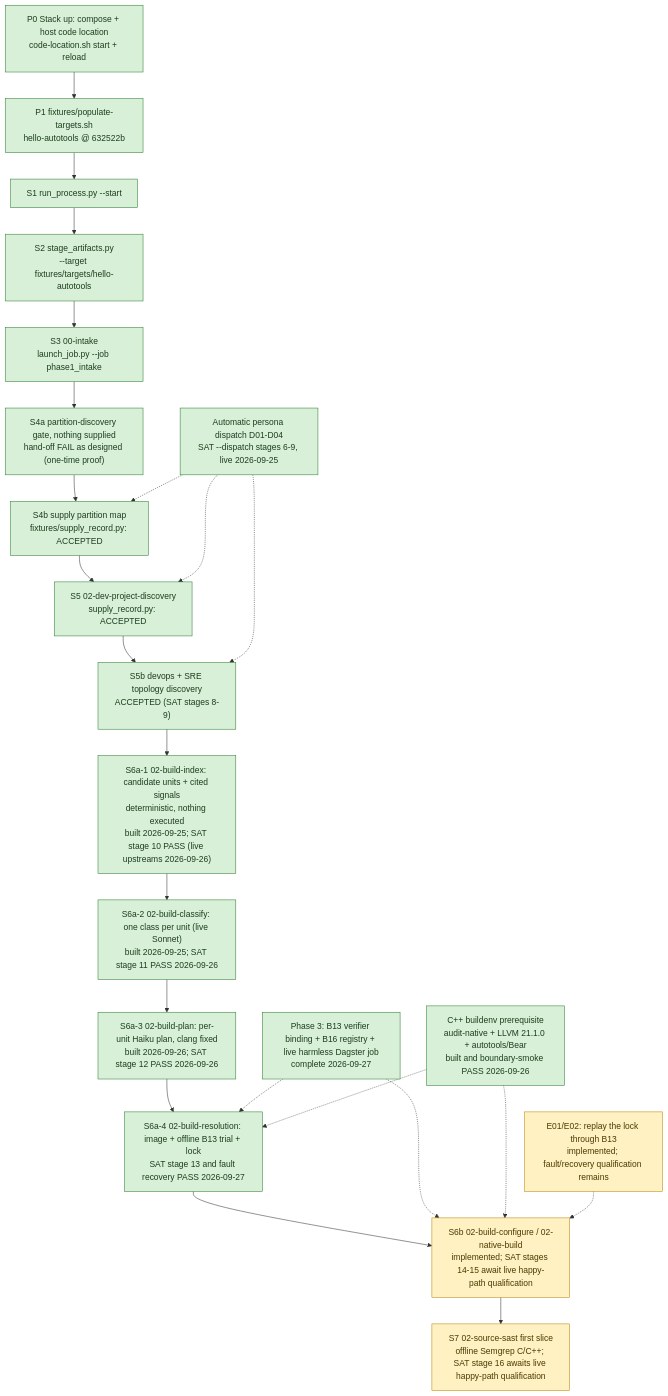
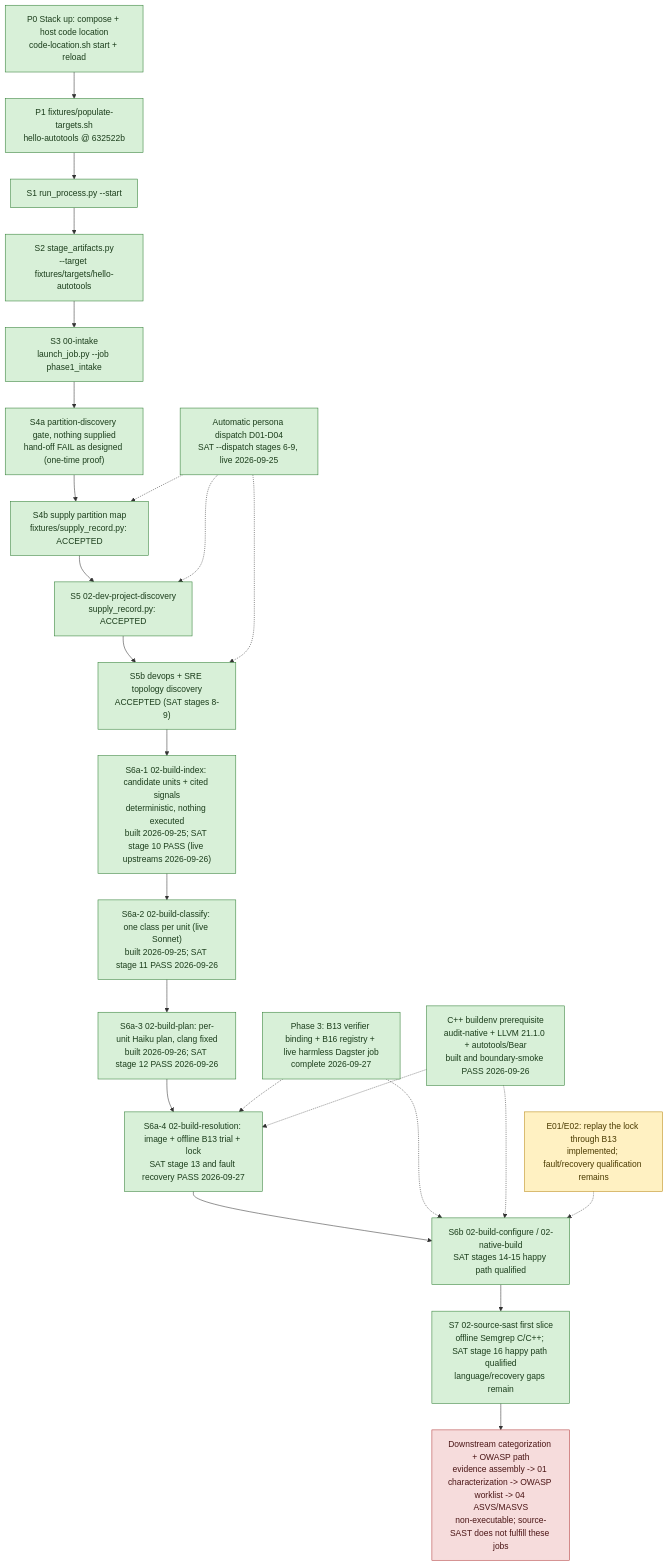
One commit to wsollers/appsec-review changed the diagram in docs/processes/flow-bringup.md. Above: the diagram before and after it, drawn with Mermaid. The commit also changed other lines of this file and 19 other files, not shown here.

Commit message:
Qualify build replay and source SAST happy path

````diff
--- a/docs/processes/flow-bringup.md
+++ b/docs/processes/flow-bringup.md
@@ -20,37 +20,38 @@
 ```mermaid
 flowchart TD
   P0["P0 Stack up: compose + host code location<br/>code-location.sh start + reload"]:::done
   P1["P1 fixtures/populate-targets.sh<br/>hello-autotools @ 632522b"]:::done
   S1["S1 run_process.py --start"]:::done
   S2["S2 stage_artifacts.py<br/>--target fixtures/targets/hello-autotools"]:::done
   S3["S3 00-intake<br/>launch_job.py --job phase1_intake"]:::done
   S4a["S4a partition-discovery gate, nothing supplied<br/>hand-off FAIL as designed (one-time proof)"]:::done
   S4b["S4b supply partition map<br/>fixtures/supply_record.py: ACCEPTED"]:::done
   S5["S5 02-dev-project-discovery<br/>supply_record.py: ACCEPTED"]:::done
   S5b["S5b devops + SRE topology discovery<br/>ACCEPTED (SAT stages 8-9)"]:::done
   AD["Automatic persona dispatch D01-D04<br/>SAT --dispatch stages 6-9, live 2026-09-25"]:::done
   S6i["S6a-1 02-build-index: candidate units + cited signals<br/>deterministic, nothing executed<br/>built 2026-09-25; SAT stage 10 PASS (live upstreams 2026-09-26)"]:::done
   S6c["S6a-2 02-build-classify: one class per unit (live Sonnet)<br/>built 2026-09-25; SAT stage 11 PASS 2026-09-26"]:::done
   S6p["S6a-3 02-build-plan: per-unit Haiku plan, clang fixed<br/>built 2026-09-26; SAT stage 12 PASS 2026-09-26"]:::done
   S6a["S6a-4 02-build-resolution: image + offline B13 trial + lock<br/>SAT stage 13 and fault recovery PASS 2026-09-27"]:::done
   CPP["C++ buildenv prerequisite<br/>audit-native + LLVM 21.1.0 + autotools/Bear<br/>built and boundary-smoke PASS 2026-09-26"]:::done
-  S6["S6b 02-build-configure / 02-native-build<br/>implemented; SAT stages 14-15 await live happy-path qualification"]:::next
-  S7["S7 02-source-sast first slice<br/>offline Semgrep C/C++; SAT stage 16 awaits live happy-path qualification"]:::next
+  S6["S6b 02-build-configure / 02-native-build<br/>SAT stages 14-15 happy path qualified"]:::done
+  S7["S7 02-source-sast first slice<br/>offline Semgrep C/C++; SAT stage 16 happy path qualified<br/>language/recovery gaps remain"]:::done
+  DOWN["Downstream categorization + OWASP path<br/>evidence assembly -> 01 characterization -> OWASP worklist -> 04 ASVS/MASVS<br/>non-executable; source-SAST does not fulfill these jobs"]:::blocked
   B13["Phase 3: B13 verifier binding + B16 registry + live harmless Dagster job<br/>complete 2026-09-27"]:::done
   E01["E01/E02: replay the lock through B13<br/>implemented; fault/recovery qualification remains"]:::next
 
-  P0 --> P1 --> S1 --> S2 --> S3 --> S4a --> S4b --> S5 --> S5b --> S6i --> S6c --> S6p --> S6a --> S6 --> S7
+  P0 --> P1 --> S1 --> S2 --> S3 --> S4a --> S4b --> S5 --> S5b --> S6i --> S6c --> S6p --> S6a --> S6 --> S7 --> DOWN
   AD -.-> S4b
   AD -.-> S5
   AD -.-> S5b
   B13 -.-> S6a
   B13 -.-> S6
   CPP -.-> S6a
   CPP -.-> S6
   E01 -.-> S6
 
   classDef done fill:#d8f0d8,stroke:#2e7d32,color:#1b3d1b
   classDef next fill:#fff1c2,stroke:#b8860b,color:#4a3a00
   classDef todo fill:#eef1f5,stroke:#6b7a90,color:#2a3240
   classDef blocked fill:#f6dcdc,stroke:#b23b3b,color:#4a1515
 ```
````
